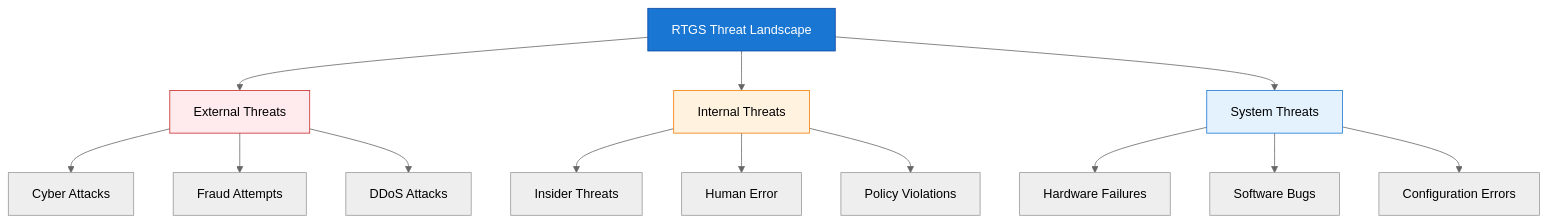
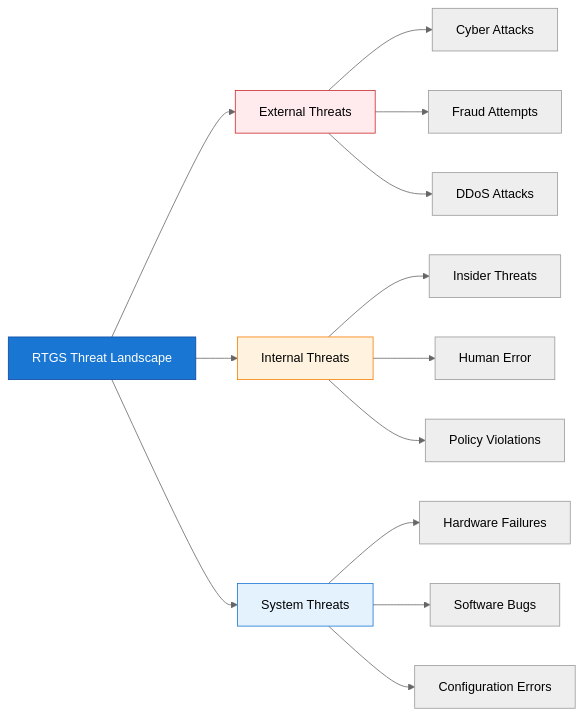
Before and after one commit to neoalienson/neo01.com-source: the first of 11 diagrams in _posts/2025/12/Understanding-RTGS-Security-Risk.md, drawn with Mermaid (neutral theme). The commit also changed other lines of this file, not shown here.

Commit message:
update chart

````diff
--- a/_posts/2025/12/Understanding-RTGS-Security-Risk.md
+++ b/_posts/2025/12/Understanding-RTGS-Security-Risk.md
@@ -57,25 +57,25 @@
 ```mermaid
-graph TB
+graph LR
     A["RTGS Threat Landscape"]
     
     A --> B["External Threats"]
     A --> C["Internal Threats"]
     A --> D["System Threats"]
     
     B --> B1[Cyber Attacks]
     B --> B2[Fraud Attempts]
     B --> B3[DDoS Attacks]
     
     C --> C1[Insider Threats]
     C --> C2[Human Error]
     C --> C3[Policy Violations]
     
     D --> D1[Hardware Failures]
     D --> D2[Software Bugs]
     D --> D3[Configuration Errors]
     
     style A fill:#1976d2,stroke:#0d47a1,color:#fff
     style B fill:#ffebee,stroke:#c62828
     style C fill:#fff3e0,stroke:#f57c00
     style D fill:#e3f2fd,stroke:#1976d2
 ```
````
